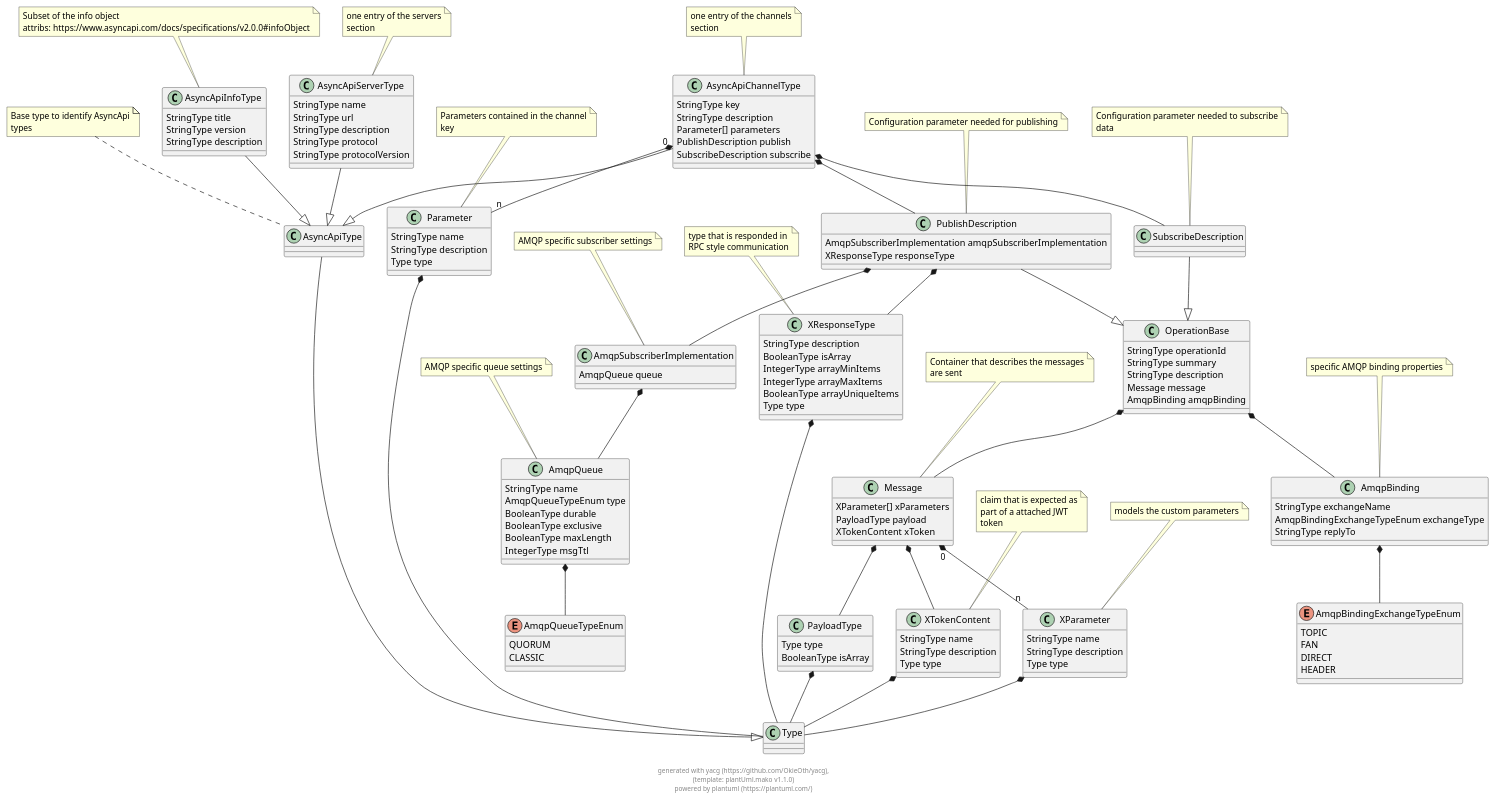
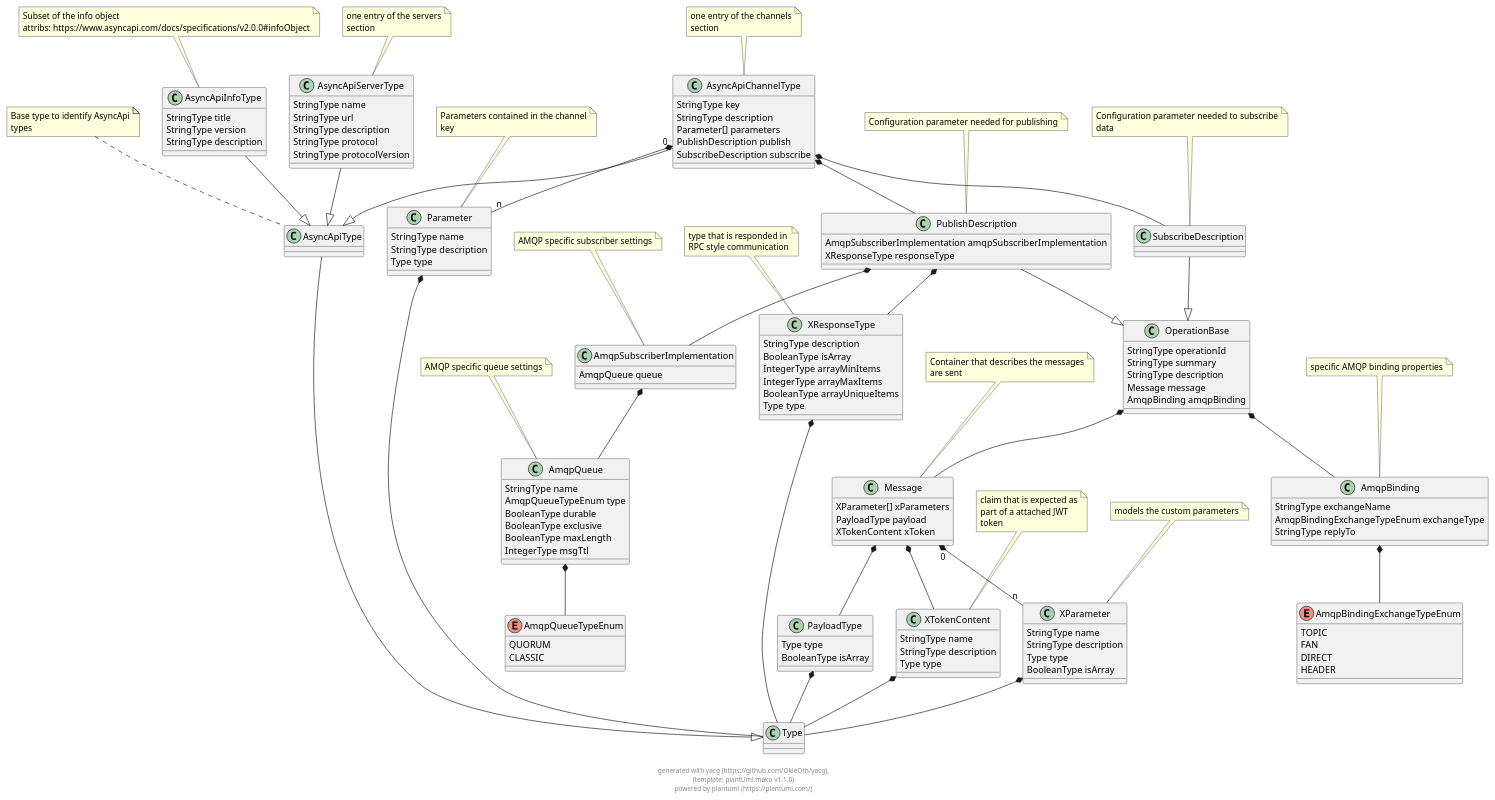
The diagram in docs/puml/yacg_asyncapi.puml (SpeedsterF2/yacg), drawn with PlantUML before and after one commit. The commit also changed 2 other files, not shown here.

```diff
--- a/docs/puml/yacg_asyncapi.puml
+++ b/docs/puml/yacg_asyncapi.puml
@@ -106,6 +106,7 @@
         StringType name 
         StringType description 
         Type type 
+        BooleanType isArray 
 }
 
 note top: models the custom parameters
```
